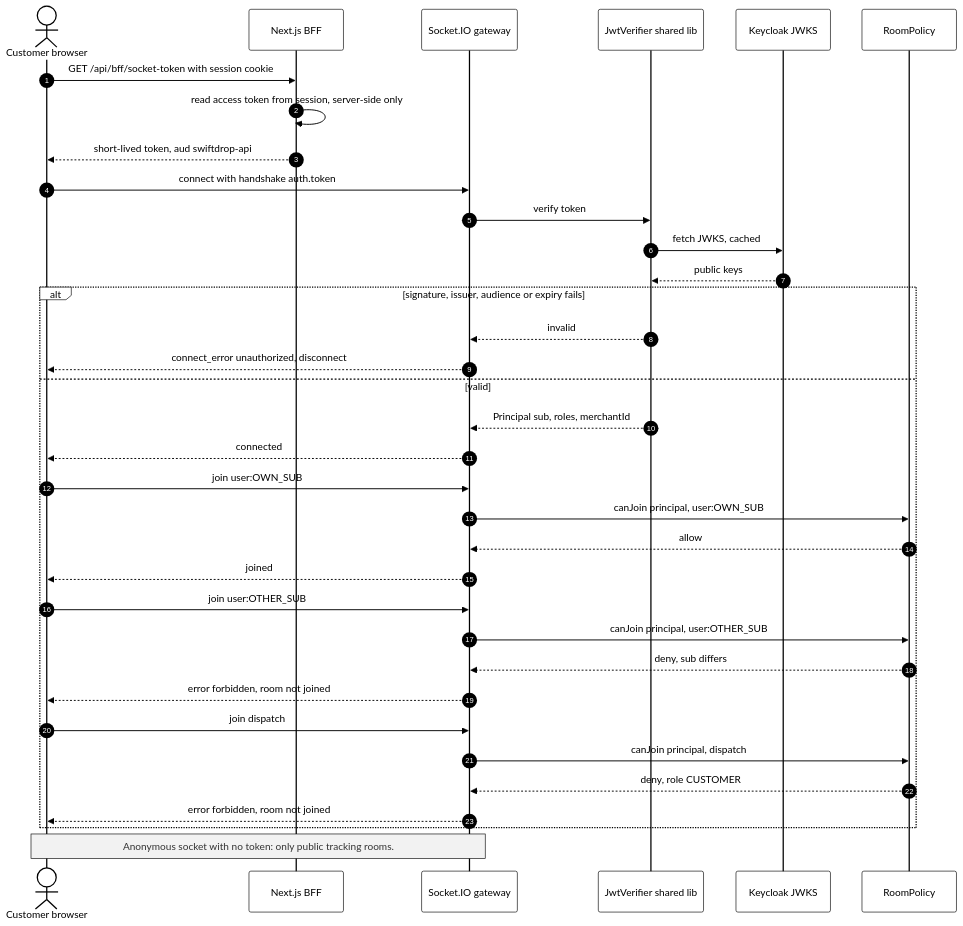
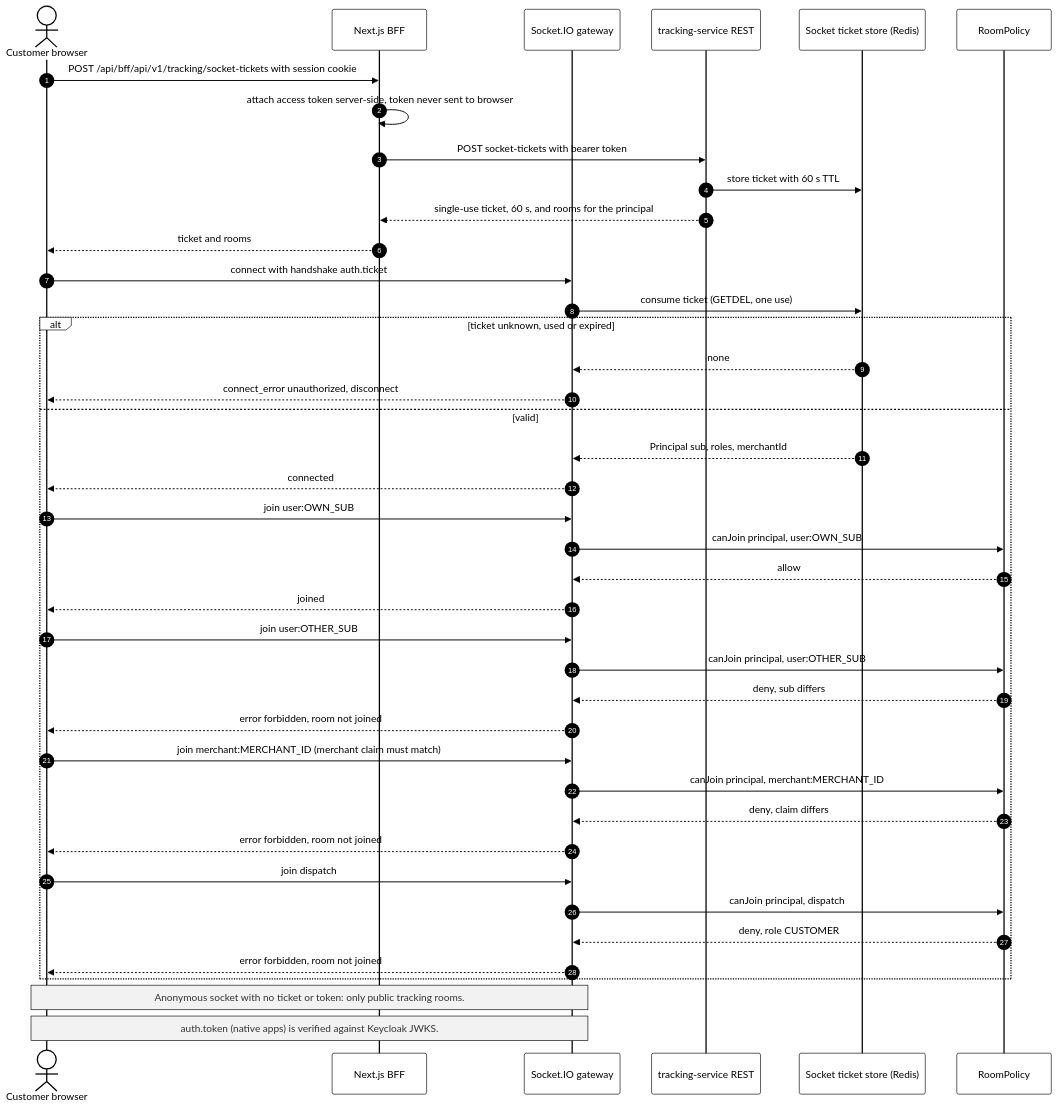
The diagram in doc/diagrams/m6-real-time-tracking/sequence-m6-socket-handshake-rooms.mmd (Pasidu-Mihiranga/SwiftDrop), drawn with Mermaid before and after one commit. The commit also changed 501 other files, not shown here.

```diff
--- a/doc/diagrams/m6-real-time-tracking/sequence-m6-socket-handshake-rooms.mmd
+++ b/doc/diagrams/m6-real-time-tracking/sequence-m6-socket-handshake-rooms.mmd
@@ -1,37 +1,43 @@
 %%{init: {"theme":"base","themeVariables":{"primaryColor":"#ffffff","primaryBorderColor":"#000000","primaryTextColor":"#000000","lineColor":"#000000","background":"#ffffff","actorBkg":"#ffffff","actorBorder":"#000000","signalColor":"#000000","noteBkgColor":"#f2f2f2","noteBorderColor":"#000000","fontFamily":"Arial"}}}%%
 %% M6 socket handshake and room authorisation. Editable source for sequence-m6-socket-handshake-rooms.svg / .png.
 sequenceDiagram
     autonumber
     actor U as Customer browser
     participant BFF as Next.js BFF
     participant SG as Socket.IO gateway
-    participant JV as JwtVerifier shared lib
-    participant KC as Keycloak JWKS
+    participant TR as tracking-service REST
+    participant TS as Socket ticket store (Redis)
     participant RP as RoomPolicy
-    U->>BFF: GET /api/bff/socket-token with session cookie
-    BFF->>BFF: read access token from session, server-side only
-    BFF-->>U: short-lived token, aud swiftdrop-api
-    U->>SG: connect with handshake auth.token
-    SG->>JV: verify token
-    JV->>KC: fetch JWKS, cached
-    KC-->>JV: public keys
-    alt signature, issuer, audience or expiry fails
-        JV-->>SG: invalid
+    U->>BFF: POST /api/bff/api/v1/tracking/socket-tickets with session cookie
+    BFF->>BFF: attach access token server-side, token never sent to browser
+    BFF->>TR: POST socket-tickets with bearer token
+    TR->>TS: store ticket with 60 s TTL
+    TR-->>BFF: single-use ticket, 60 s, and rooms for the principal
+    BFF-->>U: ticket and rooms
+    U->>SG: connect with handshake auth.ticket
+    SG->>TS: consume ticket (GETDEL, one use)
+    alt ticket unknown, used or expired
+        TS-->>SG: none
         SG-->>U: connect_error unauthorized, disconnect
     else valid
-        JV-->>SG: Principal sub, roles, merchantId
+        TS-->>SG: Principal sub, roles, merchantId
         SG-->>U: connected
         U->>SG: join user:OWN_SUB
         SG->>RP: canJoin principal, user:OWN_SUB
         RP-->>SG: allow
         SG-->>U: joined
         U->>SG: join user:OTHER_SUB
         SG->>RP: canJoin principal, user:OTHER_SUB
         RP-->>SG: deny, sub differs
         SG-->>U: error forbidden, room not joined
+        U->>SG: join merchant:MERCHANT_ID (merchant claim must match)
+        SG->>RP: canJoin principal, merchant:MERCHANT_ID
+        RP-->>SG: deny, claim differs
+        SG-->>U: error forbidden, room not joined
         U->>SG: join dispatch
         SG->>RP: canJoin principal, dispatch
         RP-->>SG: deny, role CUSTOMER
         SG-->>U: error forbidden, room not joined
     end
-    Note over U,SG: Anonymous socket with no token: only public tracking rooms.
+    Note over U,SG: Anonymous socket with no ticket or token: only public tracking rooms.
+    Note over U,SG: auth.token (native apps) is verified against Keycloak JWKS.
```
